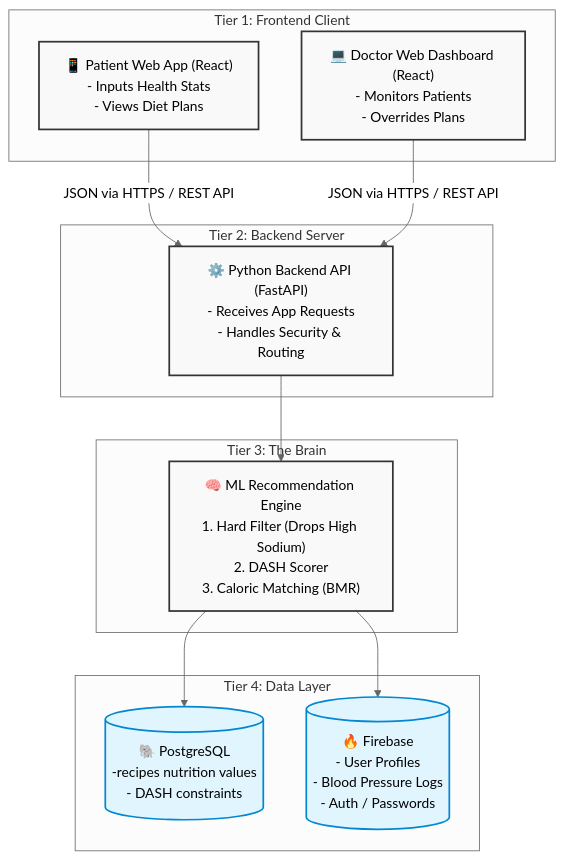
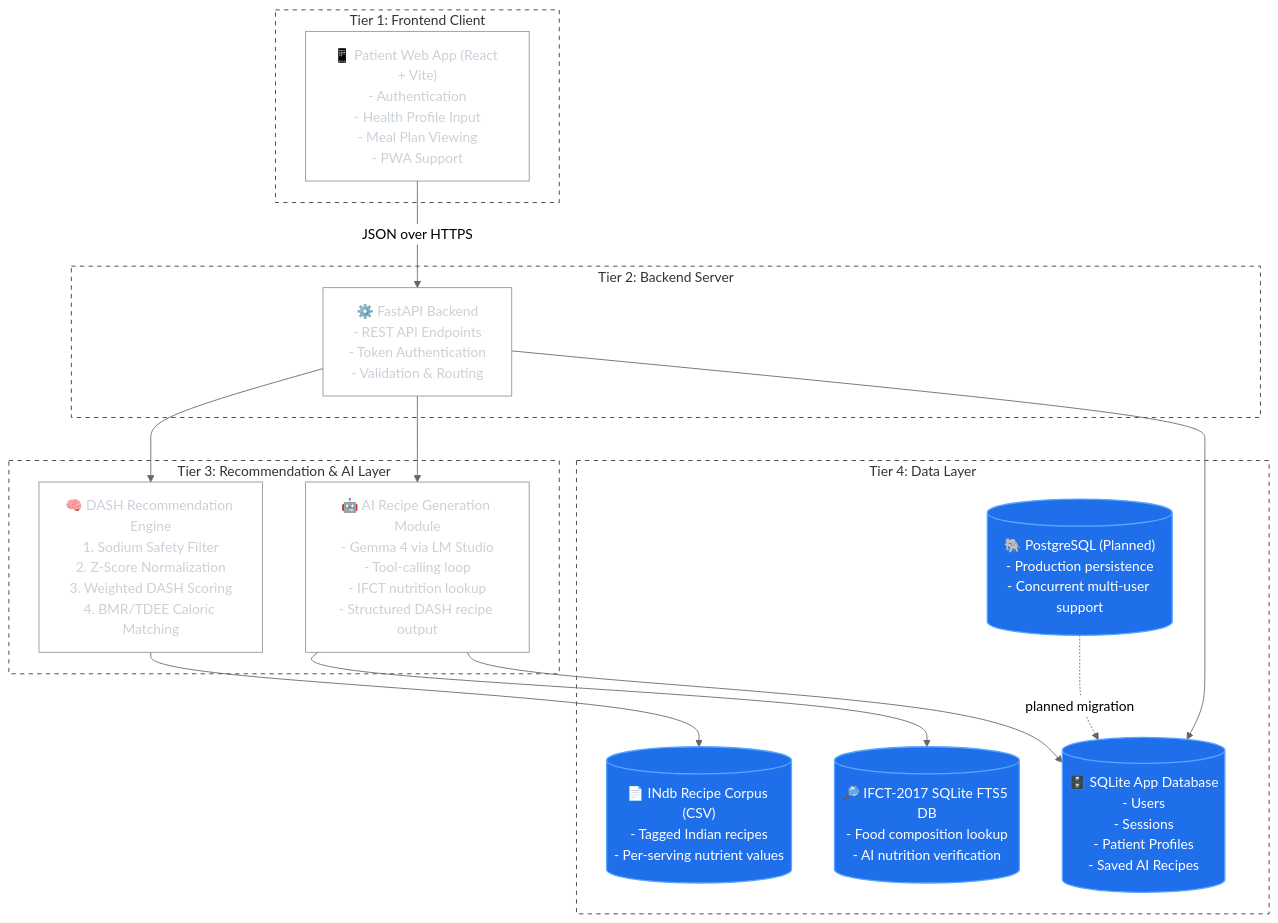
The diagram in README.md (ary-a-n/Nourish), drawn with Mermaid (neutral theme) before and after one commit. The commit also changed other lines of this file, not shown here.

Commit message:
Enhance README with project details and architecture

````diff
--- a/README.md
+++ b/README.md
@@ -5,32 +7,42 @@
 ```mermaid
 graph TD
-    subgraph "Tier 1: Frontend Client"
-        Patient["📱 Patient Web App (React)<br/>- Inputs Health Stats<br/>- Views Diet Plans"]
-        Doctor["💻 Doctor Web Dashboard (React)<br/>- Monitors Patients<br/>- Overrides Plans"]
+    subgraph T1 ["Tier 1: Frontend Client"]
+        Patient["📱 Patient Web App (React + Vite)<br/>- Authentication<br/>- Health Profile Input<br/>- Meal Plan Viewing<br/>- PWA Support"]
     end
 
-    subgraph "Tier 2: Backend Server"
-        API["⚙️ Python Backend API (FastAPI)<br/>- Receives App Requests<br/>- Handles Security & Routing"]
+    subgraph T2 ["Tier 2: Backend Server"]
+        API["⚙️ FastAPI Backend<br/>- REST API Endpoints<br/>- Token Authentication<br/>- Validation & Routing"]
     end
 
-    subgraph "Tier 3: The Brain"
-        ML["🧠 ML Recommendation Engine<br/>1. Hard Filter (Drops High Sodium)<br/>2. DASH Scorer<br/>3. Caloric Matching (BMR)"]
+    subgraph T3 ["Tier 3: Recommendation & AI Layer"]
+        ML["🧠 DASH Recommendation Engine<br/>1. Sodium Safety Filter<br/>2. Z-Score Normalization<br/>3. Weighted DASH Scoring<br/>4. BMR/TDEE Caloric Matching"]
+        AI["🤖 AI Recipe Generation Module<br/>- Gemma 4 via LM Studio<br/>- Tool-calling loop<br/>- IFCT nutrition lookup<br/>- Structured DASH recipe output"]
     end
 
-    subgraph "Tier 4: Data Layer"
-        PG[("🐘 PostgreSQL<br/>-recipes nutrition values<br/>- DASH constraints")]
-        FB[("🔥 Firebase<br/>- User Profiles<br/>- Blood Pressure Logs<br/>- Auth / Passwords")]
+    subgraph T4 ["Tier 4: Data Layer"]
+        APPDB[("🗄️ SQLite App Database<br/>- Users<br/>- Sessions<br/>- Patient Profiles<br/>- Saved AI Recipes")]
+        CSV[("📄 INdb Recipe Corpus (CSV)<br/>- Tagged Indian recipes<br/>- Per-serving nutrient values")]
+        IFCT[("🔎 IFCT-2017 SQLite FTS5 DB<br/>- Food composition lookup<br/>- AI nutrition verification")]
+        PG[("🐘 PostgreSQL (Planned)<br/>- Production persistence<br/>- Concurrent multi-user support")]
     end
 
-    %% Connections
-    Patient -- "JSON via HTTPS / REST API" --> API
-    Doctor -- "JSON via HTTPS / REST API" --> API
+    Patient -->|"JSON over HTTPS"| API
     API --> ML
-    ML --> PG
-    ML --> FB
+    API --> AI
+    API --> APPDB
+    ML --> CSV
+    AI --> IFCT
+    AI --> APPDB
+    PG -.->|"planned migration"| APPDB
+
+    %% GitHub Aesthetic Styling
+    classDef default fill:none,stroke:#8b949e,stroke-width:1px,color:#c9d1d9;
+    classDef db fill:#1f6feb,stroke:#58a6ff,stroke-width:1.5px,color:#ffffff;
+    class APPDB,CSV,IFCT,PG db;
     
-    %% Styling
-    classDef default fill:#f9f9f9,stroke:#333,stroke-width:2px;
-    classDef db fill:#e1f5fe,stroke:#0288d1,stroke-width:2px;
-    class PG,FB db;
+    %% Style adjustments for the subgraphs
+    style T1 fill:none,stroke:#30363d,stroke-dasharray: 5 5
+    style T2 fill:none,stroke:#30363d,stroke-dasharray: 5 5
+    style T3 fill:none,stroke:#30363d,stroke-dasharray: 5 5
+    style T4 fill:none,stroke:#30363d,stroke-dasharray: 5 5
 ```
````
